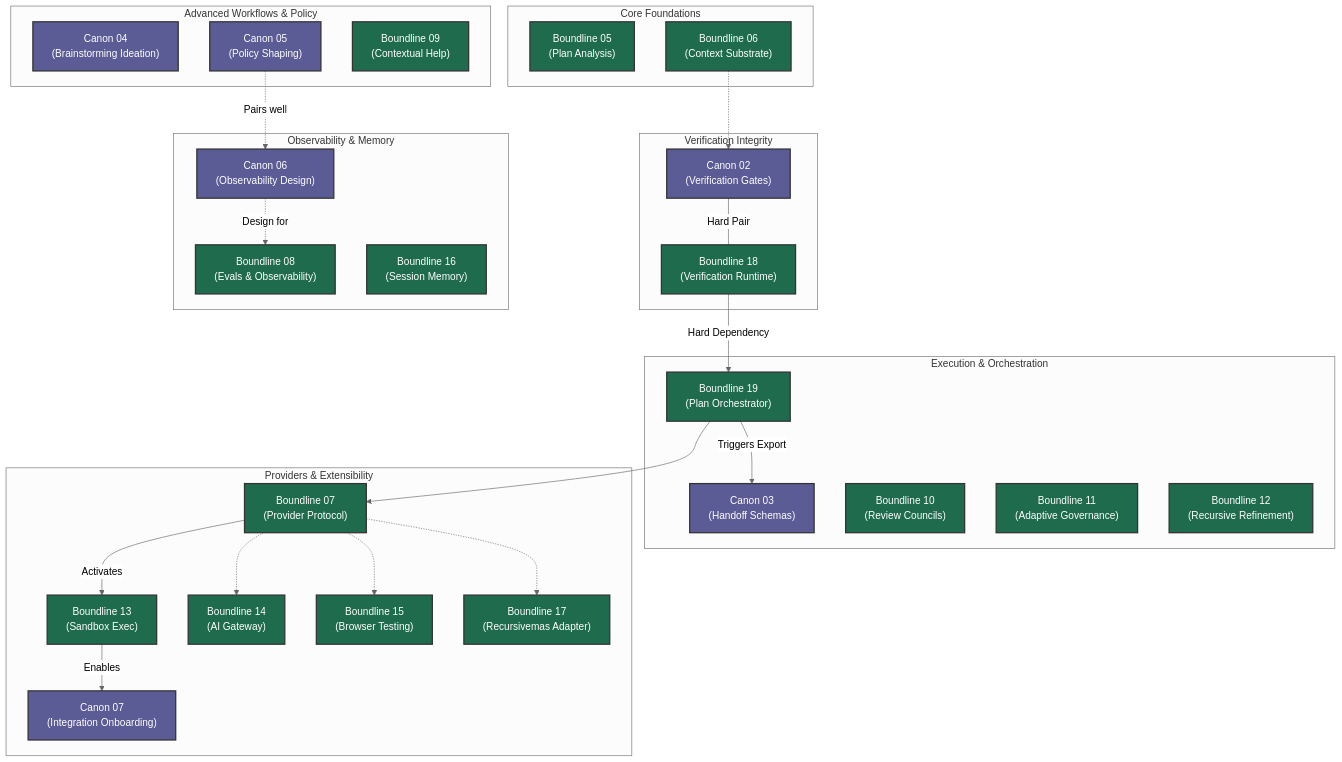
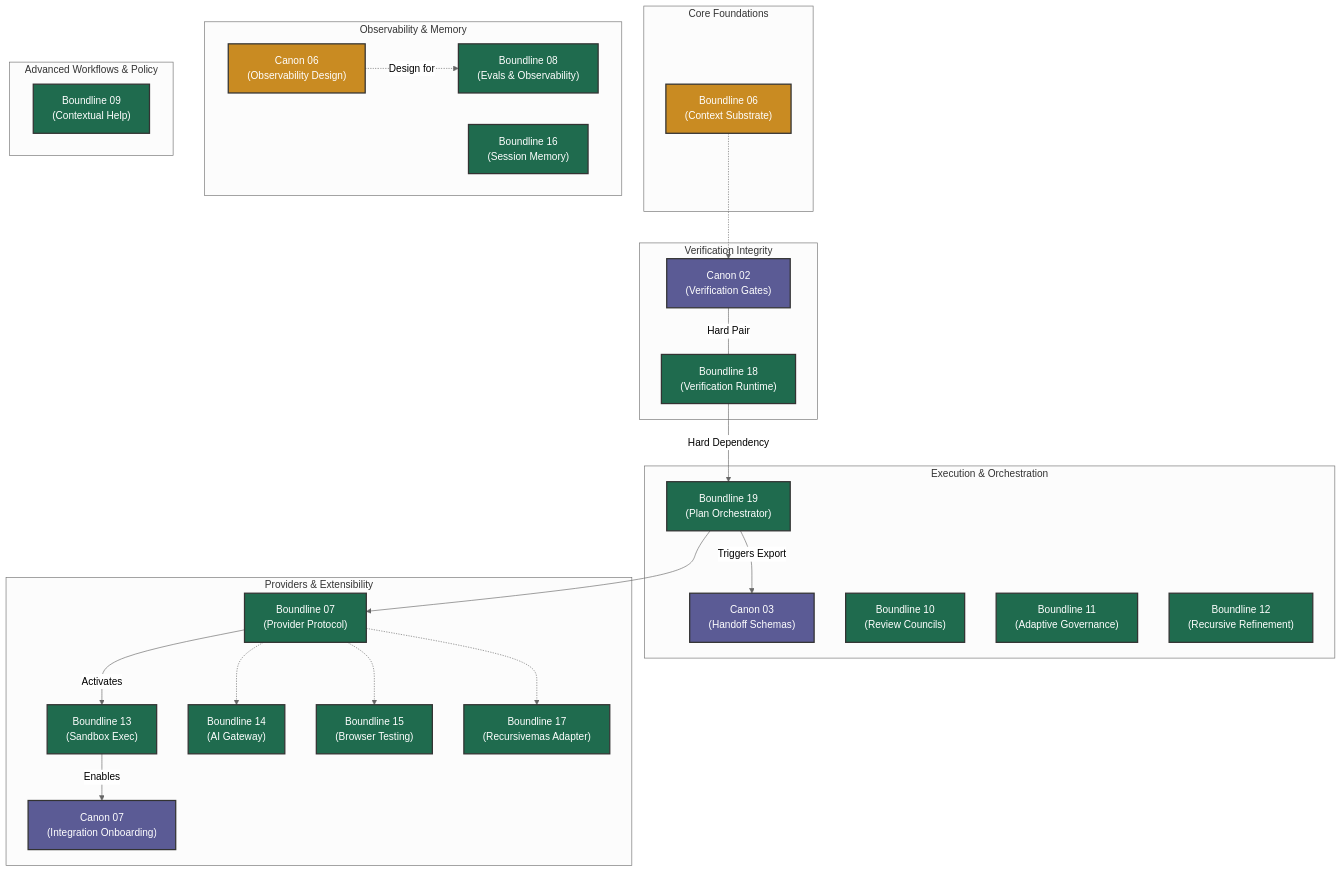
One commit to apply-the/boundline changed the diagram in roadmap/joint-roadmap-graph.md. Above: the diagram before and after it, drawn with Mermaid (neutral theme). The commit also changed other lines of this file and 67 other files, not shown here.

First line of the commit message:
feat(planning): implement plan analysis contract as read-only execution gate

````diff
--- a/roadmap/joint-roadmap-graph.md
+++ b/roadmap/joint-roadmap-graph.md
@@ -7,61 +7,58 @@
 ```mermaid
 flowchart TD
     %% Styling
     classDef canon fill:#5b5b95,stroke:#333,stroke-width:2px,color:#fff
     classDef boundline fill:#1f6b4e,stroke:#333,stroke-width:2px,color:#fff
+    classDef nextUp fill:#c98b22,stroke:#333,stroke-width:2px,color:#fff
 
     subgraph Core Foundations
-        B05["Boundline 05<br/>(Plan Analysis)"]:::boundline
-        B06["Boundline 06<br/>(Context Substrate)"]:::boundline
+        B06["Boundline 06<br/>(Context Substrate)"]:::nextUp
     end
 
     subgraph Verification Integrity
         C02["Canon 02<br/>(Verification Gates)"]:::canon
         B18["Boundline 18<br/>(Verification Runtime)"]:::boundline
     end
 
     subgraph Execution & Orchestration
         B19["Boundline 19<br/>(Plan Orchestrator)"]:::boundline
         C03["Canon 03<br/>(Handoff Schemas)"]:::canon
         B10["Boundline 10<br/>(Review Councils)"]:::boundline
         B11["Boundline 11<br/>(Adaptive Governance)"]:::boundline
         B12["Boundline 12<br/>(Recursive Refinement)"]:::boundline
     end
 
     subgraph Providers & Extensibility
         B07["Boundline 07<br/>(Provider Protocol)"]:::boundline
         B13["Boundline 13<br/>(Sandbox Exec)"]:::boundline
         C07["Canon 07<br/>(Integration Onboarding)"]:::canon
         B14["Boundline 14<br/>(AI Gateway)"]:::boundline
         B15["Boundline 15<br/>(Browser Testing)"]:::boundline
         B17["Boundline 17<br/>(Recursivemas Adapter)"]:::boundline
     end
 
     subgraph Observability & Memory
-        C06["Canon 06<br/>(Observability Design)"]:::canon
+        C06["Canon 06<br/>(Observability Design)"]:::nextUp
         B08["Boundline 08<br/>(Evals & Observability)"]:::boundline
         B16["Boundline 16<br/>(Session Memory)"]:::boundline
     end
 
     subgraph Advanced Workflows & Policy
-        C04["Canon 04<br/>(Brainstorming Ideation)"]:::canon
-        C05["Canon 05<br/>(Policy Shaping)"]:::canon
         B09["Boundline 09<br/>(Contextual Help)"]:::boundline
     end
 
     %% Key Dependencies
     B06 -.-> C02
     C02 ---|Hard Pair| B18
     B18 -->|Hard Dependency| B19
     B19 -->|Triggers Export| C03
     B19 --> B07
     B07 -->|Activates| B13
     B13 -->|Enables| C07
     
     B07 -.-> B14
     B07 -.-> B15
     B07 -.-> B17
     
     C06 -.->|Design for| B08
-    C05 -.->|Pairs well| C06
 ```
````
